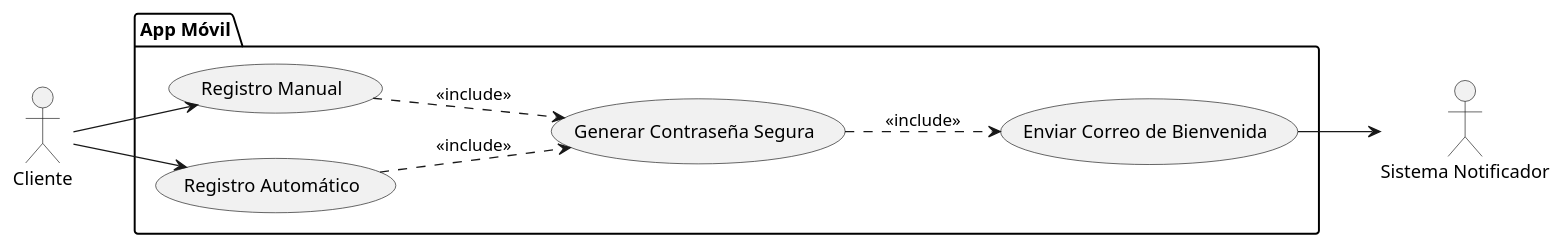
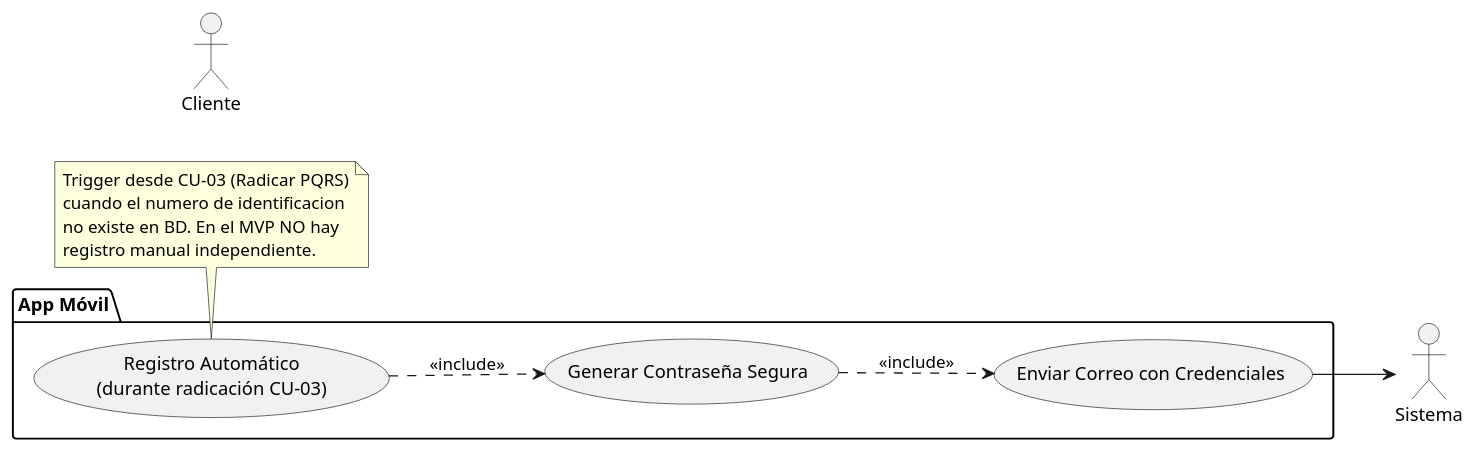
One commit to 13rianVargas/Ingenieria-de-Software-1 changed the diagram in Proyecto-Final/docs/casos-de-uso/plantuml/CU-01-Gestionar-Registro.puml. Above: the diagram before and after it, drawn with PlantUML. The commit also changed 22 other files, not shown here.

Commit message:
refactor: rename actor sistema notificador to sistema across project + c

```diff
--- a/Proyecto-Final/docs/casos-de-uso/plantuml/CU-01-Gestionar-Registro.puml
+++ b/Proyecto-Final/docs/casos-de-uso/plantuml/CU-01-Gestionar-Registro.puml
@@ -1,20 +1,22 @@
 @startuml
 left to right direction
 actor "Cliente" as C
-actor "Sistema Notificador" as S
+actor "Sistema" as S
 
 package "App Móvil" {
-  usecase "Registro Manual" as UC1
-  usecase "Registro Automático" as UC2
+  usecase "Registro Automático\n(durante radicación CU-03)" as UC2
   usecase "Generar Contraseña Segura" as UC3
-  usecase "Enviar Correo de Bienvenida" as UC4
+  usecase "Enviar Correo con Credenciales" as UC4
 }
 
-C --> UC1
-C --> UC2
-
-UC1 ..> UC3 : <<include>>
 UC2 ..> UC3 : <<include>>
 UC3 ..> UC4 : <<include>>
 UC4 --> S
+
+note bottom of UC2
+  Trigger desde CU-03 (Radicar PQRS)
+  cuando el numero de identificacion
+  no existe en BD. En el MVP NO hay
+  registro manual independiente.
+end note
 @enduml
```
